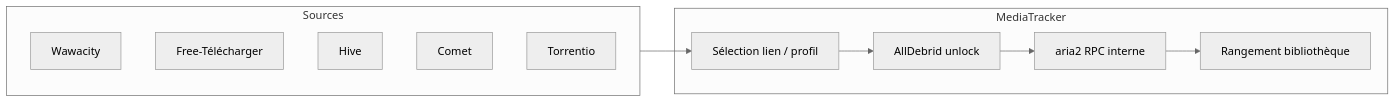
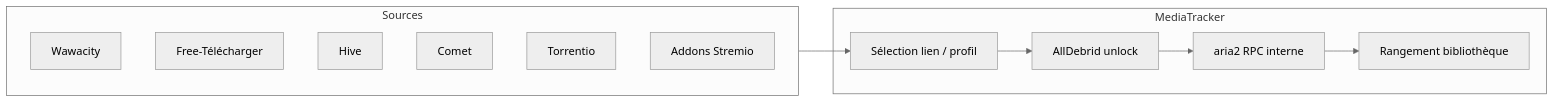
One commit to nico2511/Mediatracker-hive changed the diagram in docs/telechargements.md. Above: the diagram before and after it, drawn with Mermaid (neutral theme). The commit also changed other lines of this file and 111 other files, not shown here.

````diff
--- a/docs/telechargements.md
+++ b/docs/telechargements.md
@@ -5,17 +5,18 @@
 ```mermaid
 flowchart LR
   subgraph sources [Sources]
     W[Wawacity]
     F[Free-Télécharger]
     H[Hive]
     C[Comet]
     T[Torrentio]
+    X[Addons Stremio]
   end
   subgraph mt [MediaTracker]
     S[Sélection lien / profil]
     A[AllDebrid unlock]
     R[aria2 RPC interne]
     P[Rangement bibliothèque]
   end
   sources --> S --> A --> R --> P
 ```
````
